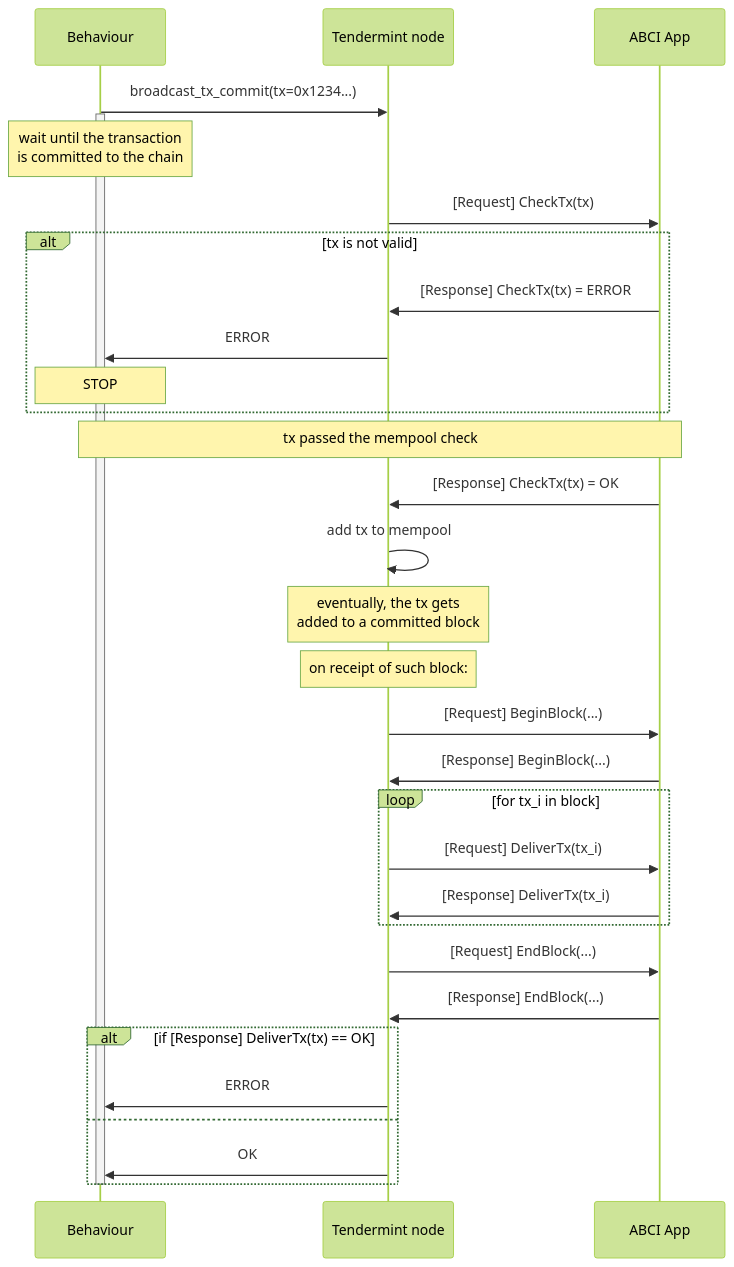
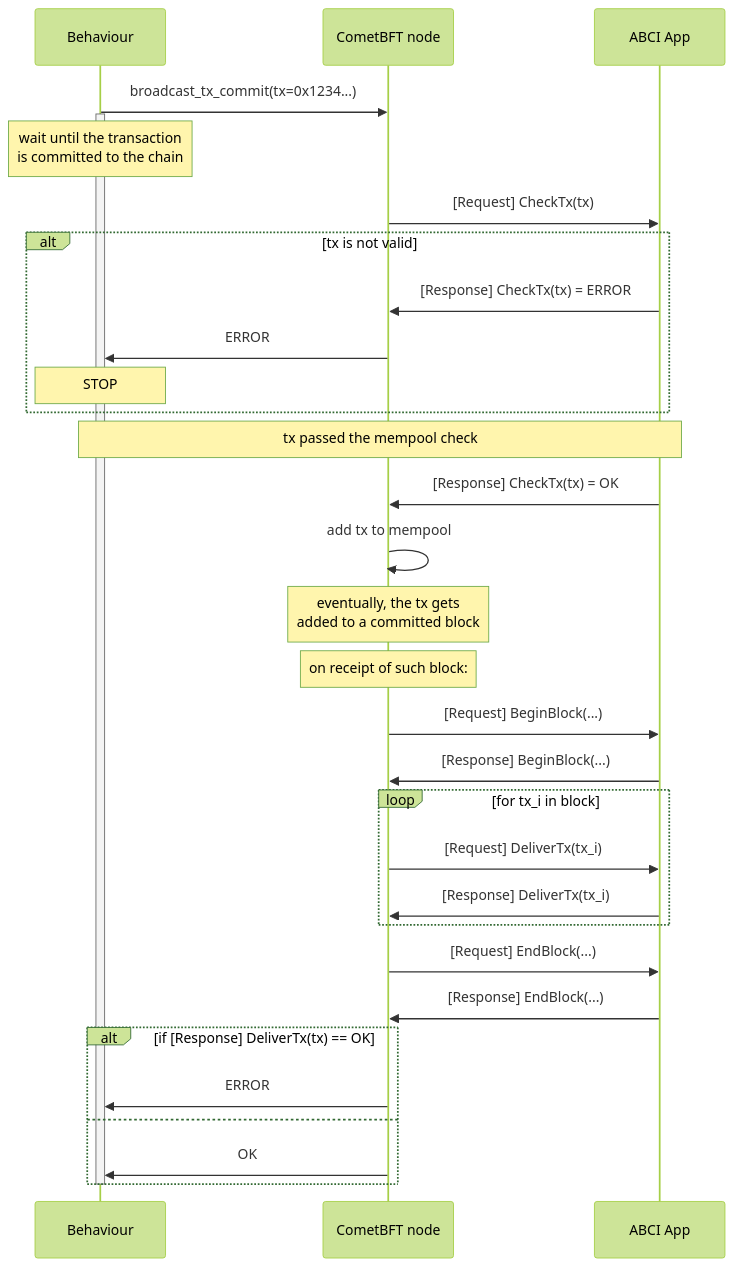
The third of 4 diagrams in docs/key_concepts/abci.md (valory-xyz/open-autonomy), drawn with Mermaid (forest theme) before and after one commit. The commit also changed other lines of this file and 15 other files, not shown here.

```diff
--- a/docs/key_concepts/abci.md
+++ b/docs/key_concepts/abci.md
@@ -176,38 +176,38 @@
 <div class="mermaid">
     sequenceDiagram
 
         participant Behaviour
-        participant Tendermint node
+        participant CometBFT node
         participant ABCI App
 
-        Behaviour->>Tendermint node: broadcast_tx_commit(tx=0x1234...)
+        Behaviour->>CometBFT node: broadcast_tx_commit(tx=0x1234...)
         activate Behaviour
         note over Behaviour: wait until the transaction<br/>is committed to the chain
 
-        Tendermint node->>ABCI App: [Request] CheckTx(tx)
+        CometBFT node->>ABCI App: [Request] CheckTx(tx)
         alt tx is not valid
-          ABCI App->>Tendermint node: [Response] CheckTx(tx) = ERROR
-          Tendermint node->>Behaviour: ERROR
+          ABCI App->>CometBFT node: [Response] CheckTx(tx) = ERROR
+          CometBFT node->>Behaviour: ERROR
           note over Behaviour: STOP
         end
         note over Behaviour, ABCI App: tx passed the mempool check
-        ABCI App->>Tendermint node: [Response] CheckTx(tx) = OK
-        Tendermint node->>Tendermint node: add tx to mempool
-        note over Tendermint node: eventually, the tx gets<br/>added to a committed block
-        note over Tendermint node: on receipt of such block:
-        Tendermint node->>ABCI App: [Request] BeginBlock(...)
-        ABCI App->>Tendermint node: [Response] BeginBlock(...)
+        ABCI App->>CometBFT node: [Response] CheckTx(tx) = OK
+        CometBFT node->>CometBFT node: add tx to mempool
+        note over CometBFT node: eventually, the tx gets<br/>added to a committed block
+        note over CometBFT node: on receipt of such block:
+        CometBFT node->>ABCI App: [Request] BeginBlock(...)
+        ABCI App->>CometBFT node: [Response] BeginBlock(...)
         loop for tx_i in block
-          Tendermint node->>ABCI App: [Request] DeliverTx(tx_i)
-          ABCI App->>Tendermint node: [Response] DeliverTx(tx_i)
+          CometBFT node->>ABCI App: [Request] DeliverTx(tx_i)
+          ABCI App->>CometBFT node: [Response] DeliverTx(tx_i)
         end
-        Tendermint node->>ABCI App: [Request] EndBlock(...)
-        ABCI App->>Tendermint node: [Response] EndBlock(...)
+        CometBFT node->>ABCI App: [Request] EndBlock(...)
+        ABCI App->>CometBFT node: [Response] EndBlock(...)
 
         alt if [Response] DeliverTx(tx) == OK
-          Tendermint node->>Behaviour: ERROR
+          CometBFT node->>Behaviour: ERROR
         else
-          Tendermint node->>Behaviour: OK
+          CometBFT node->>Behaviour: OK
         end
         deactivate Behaviour
 </div>
```
